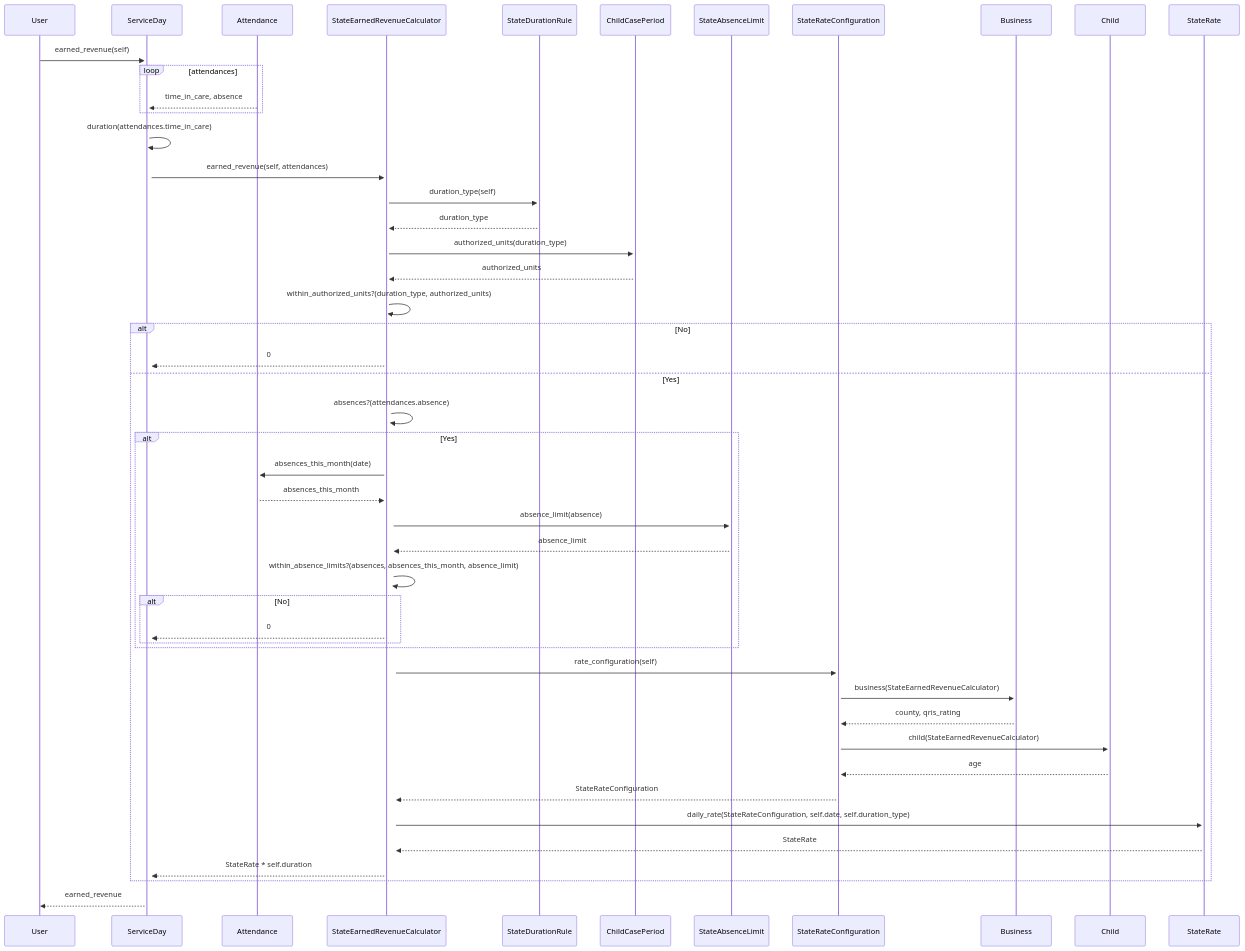
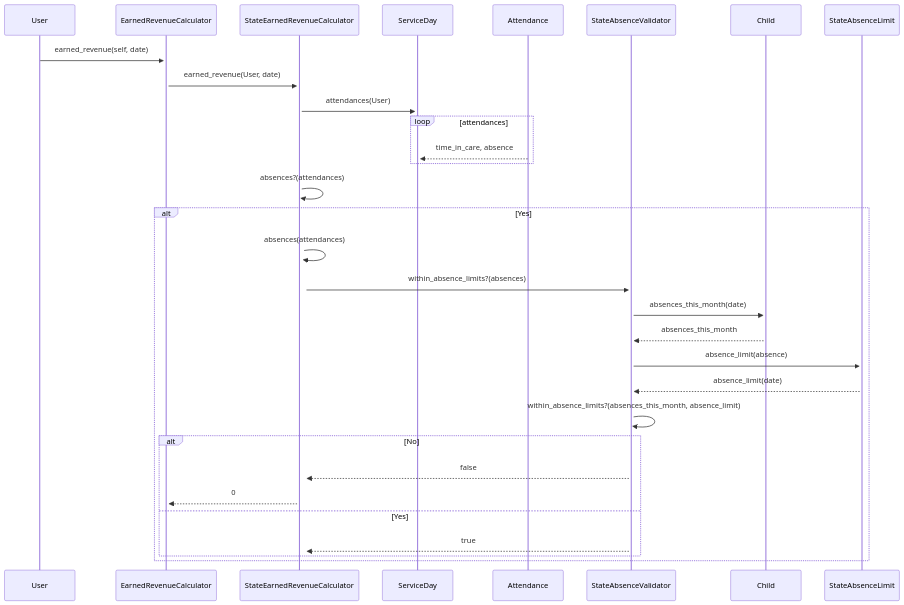
One commit to pieforproviders/pieforproviders changed the diagram in docs/diagrams/earned_revenue/sequence.mmd. Above: the diagram before and after it, drawn with Mermaid. The commit also changed 5 other files, not shown here.

```diff
--- a/docs/diagrams/earned_revenue/sequence.mmd
+++ b/docs/diagrams/earned_revenue/sequence.mmd
@@ -1,38 +1,36 @@
 sequenceDiagram
-    User->>+ServiceDay: earned_revenue(self)
+    %% All "State" prefixed classes will belong to a State
+    %% and will be named [State]Class in order to differentiate,
+    %% because the logic and data may be different between states
+    %% e.g. NebraskaDurationRule, etc.
+
+    %% User requests earned_revenue, passing itself
+    User->>+EarnedRevenueCalculator: earned_revenue(self, date)
+
+    %% EarnedRevenueCalculator determines the right [State]EarnedRevenueCalculator
+    %% based on the User's state, then requests earned_revenue, passing the User (?)
+    EarnedRevenueCalculator->>+StateEarnedRevenueCalculator: earned_revenue(User, date)
+
+    %% [State]EarnedRevenueCalculator loops attendances to
+    %% store time_in_care and absence string
+    StateEarnedRevenueCalculator->>+ServiceDay: attendances(User)
     loop attendances
       Attendance-->>ServiceDay: time_in_care, absence
     end
-    ServiceDay->>+ServiceDay: duration(attendances.time_in_care)
-    ServiceDay->>+StateEarnedRevenueCalculator: earned_revenue(self, attendances)
-
-    StateEarnedRevenueCalculator->>+StateDurationRule: duration_type(self)
-    StateDurationRule-->>StateEarnedRevenueCalculator: duration_type
-    StateEarnedRevenueCalculator->>+ChildCasePeriod: authorized_units(duration_type)
-    ChildCasePeriod-->>StateEarnedRevenueCalculator: authorized_units
-    StateEarnedRevenueCalculator->>+StateEarnedRevenueCalculator: within_authorized_units?(duration_type, authorized_units)
-    alt No
-        StateEarnedRevenueCalculator-->>ServiceDay: 0
-    else Yes
-        StateEarnedRevenueCalculator->>+StateEarnedRevenueCalculator: absences?(attendances.absence)
-        alt Yes
-            StateEarnedRevenueCalculator->>+Attendance: absences_this_month(date)
-            Attendance-->>StateEarnedRevenueCalculator: absences_this_month
-            StateEarnedRevenueCalculator->>+StateAbsenceLimit: absence_limit(absence)
-            StateAbsenceLimit-->>StateEarnedRevenueCalculator: absence_limit
-            StateEarnedRevenueCalculator->>+StateEarnedRevenueCalculator: within_absence_limits?(absences, absences_this_month, absence_limit)
-            alt No
-                StateEarnedRevenueCalculator-->>ServiceDay: 0
-            end
+    StateEarnedRevenueCalculator->>+StateEarnedRevenueCalculator: absences?(attendances)
+    alt Yes
+        StateEarnedRevenueCalculator->>+StateEarnedRevenueCalculator: absences(attendances)
+        %% this might need a different name, Validator doesn't sound right
+        StateEarnedRevenueCalculator->>+StateAbsenceValidator: within_absence_limits?(absences)
+        StateAbsenceValidator->>+Child: absences_this_month(date)
+        Child-->>StateAbsenceValidator: absences_this_month
+        StateAbsenceValidator->>+StateAbsenceLimit: absence_limit(absence)
+        StateAbsenceLimit-->>StateAbsenceValidator: absence_limit(date)
+        StateAbsenceValidator->>+StateAbsenceValidator: within_absence_limits?(absences_this_month, absence_limit)
+        alt No
+            StateAbsenceValidator-->>StateEarnedRevenueCalculator: false
+            StateEarnedRevenueCalculator-->>EarnedRevenueCalculator: 0
+        else Yes
+            StateAbsenceValidator-->>StateEarnedRevenueCalculator: true
         end
-        StateEarnedRevenueCalculator->>+StateRateConfiguration: rate_configuration(self)
-        StateRateConfiguration->>+Business: business(StateEarnedRevenueCalculator)
-        Business-->>StateRateConfiguration: county, qris_rating
-        StateRateConfiguration->>+Child: child(StateEarnedRevenueCalculator)
-        Child-->>StateRateConfiguration: age
-        StateRateConfiguration-->>StateEarnedRevenueCalculator: StateRateConfiguration
-        StateEarnedRevenueCalculator->>+StateRate: daily_rate(StateRateConfiguration, self.date, self.duration_type)
-        StateRate-->>StateEarnedRevenueCalculator: StateRate
-        StateEarnedRevenueCalculator-->>ServiceDay: StateRate * self.duration
     end
-    ServiceDay-->>User: earned_revenue
```
